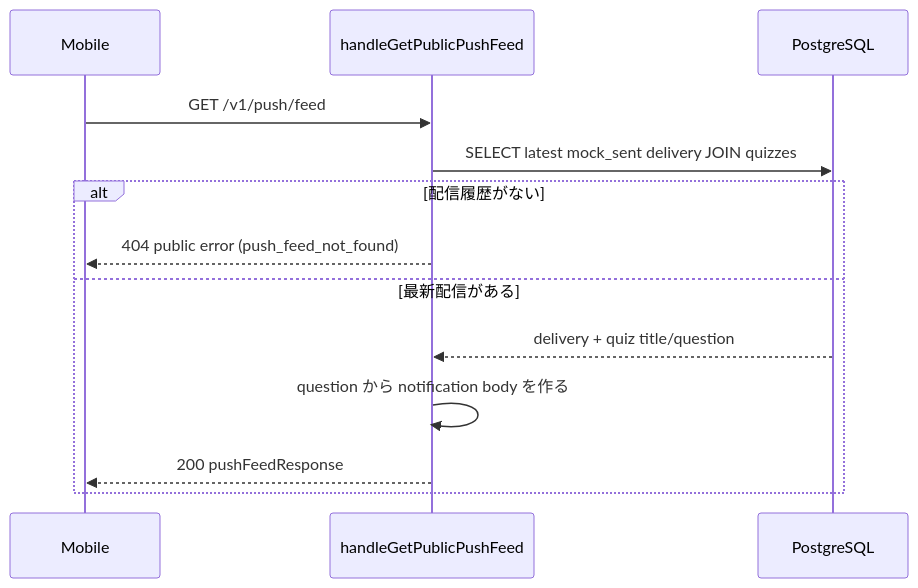
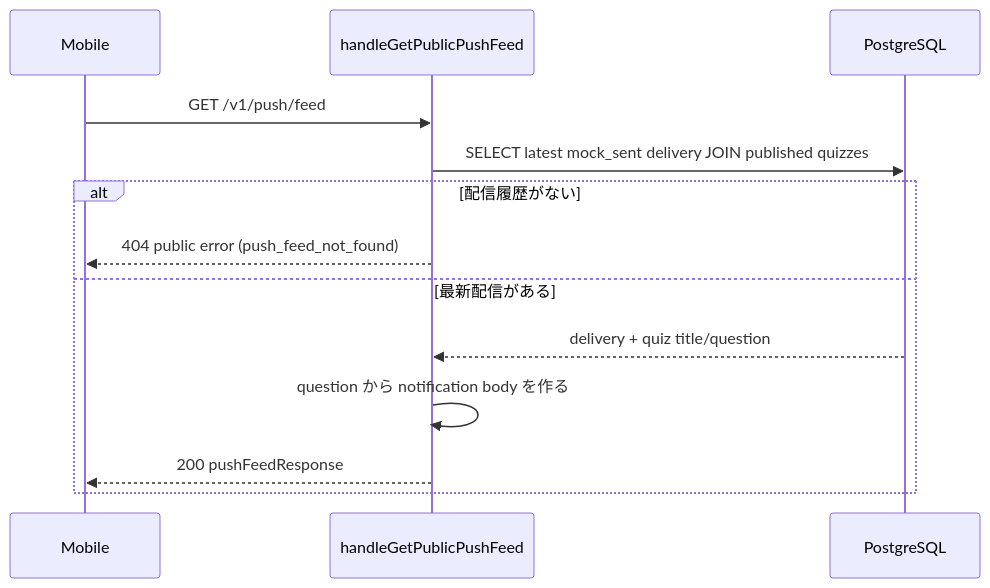
The third of 5 diagrams in docs/architecture/backend-flow.md (Yoshinaga123/quiz), drawn with Mermaid before and after one commit. The commit also changed other lines of this file and 125 other files, not shown here.

````diff
--- a/docs/architecture/backend-flow.md
+++ b/docs/architecture/backend-flow.md
@@ -84,16 +84,16 @@
 ```mermaid
 sequenceDiagram
     participant Mobile as Mobile
     participant API as handleGetPublicPushFeed
     participant DB as PostgreSQL
 
     Mobile->>API: GET /v1/push/feed
-    API->>DB: SELECT latest mock_sent delivery JOIN quizzes
+    API->>DB: SELECT latest mock_sent delivery JOIN published quizzes
     alt 配信履歴がない
         API-->>Mobile: 404 public error (push_feed_not_found)
     else 最新配信がある
         DB-->>API: delivery + quiz title/question
         API->>API: question から notification body を作る
         API-->>Mobile: 200 pushFeedResponse
     end
 ```
````
